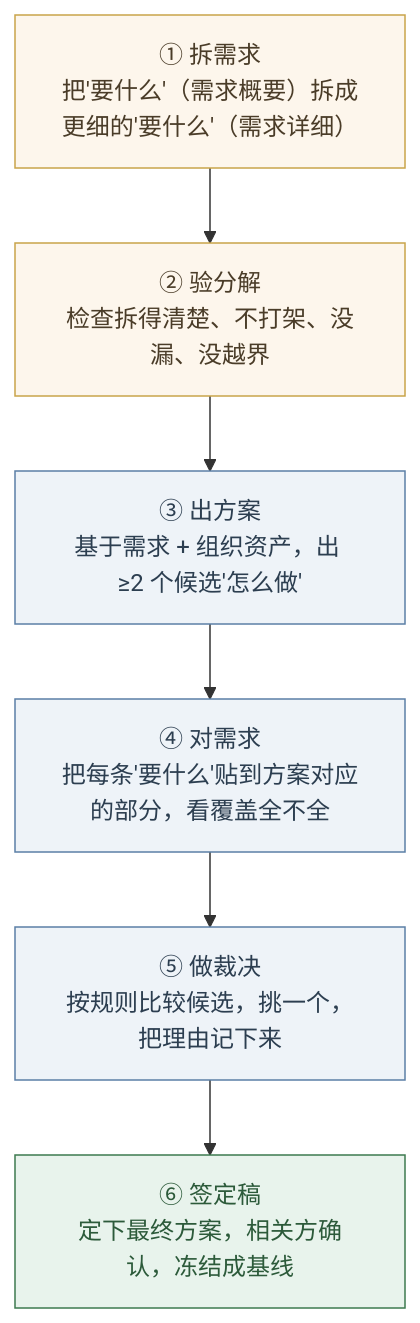
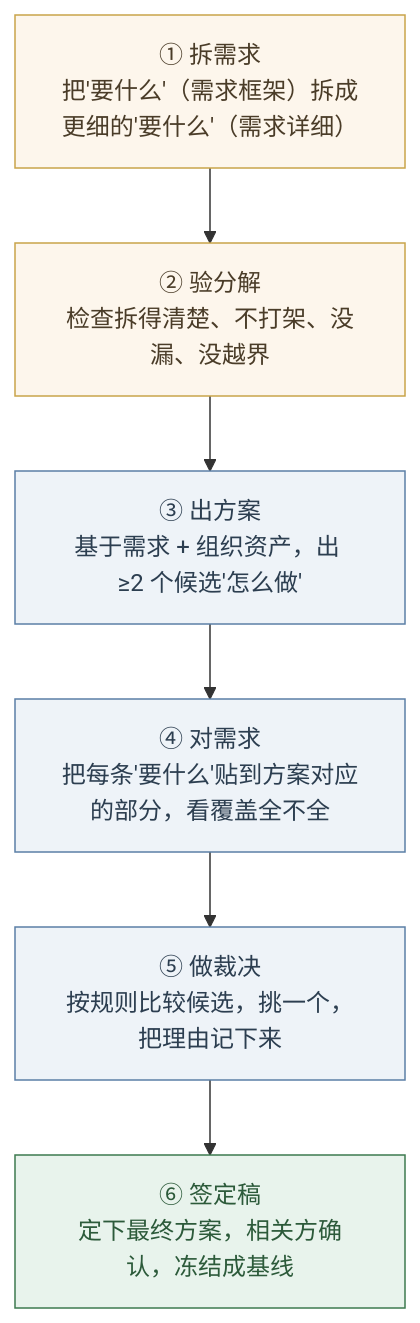
The ninth of 17 diagrams in 50-系统工程研究/00-系统工程相关研究报告/01-设计开发概念研究报告-从需求到质量基座.md (Yongjunzhou/AOS-system-design), drawn with Mermaid before and after one commit. The commit also changed other lines of this file and 60 other files, not shown here.

````diff
--- a/50-系统工程研究/00-系统工程相关研究报告/01-设计开发概念研究报告-从需求到质量基座.md
+++ b/50-系统工程研究/00-系统工程相关研究报告/01-设计开发概念研究报告-从需求到质量基座.md
@@ -454,16 +454,16 @@
 ```mermaid
 flowchart TB
-    A["① 拆需求<br/>把'要什么'（需求概要）拆成更细的'要什么'（需求详细）"]
+    A["① 拆需求<br/>把'要什么'（需求框架）拆成更细的'要什么'（需求详细）"]
     B["② 验分解<br/>检查拆得清楚、不打架、没漏、没越界"]
     C["③ 出方案<br/>基于需求 + 组织资产，出 ≥2 个候选'怎么做'"]
     D["④ 对需求<br/>把每条'要什么'贴到方案对应的部分，看覆盖全不全"]
     E["⑤ 做裁决<br/>按规则比较候选，挑一个，把理由记下来"]
     F["⑥ 签定稿<br/>定下最终方案，相关方确认，冻结成基线"]
     A --> B --> C --> D --> E --> F
     classDef req fill:#fdf6ec,stroke:#c9a44a,color:#4a3c28;
     classDef sol fill:#eef3f8,stroke:#5b7fa6,color:#2c3e50;
     classDef fin fill:#e8f3ec,stroke:#3d7a4f,color:#2c5a3a;
     class A,B req;
     class C,D,E sol;
     class F fin;
 ```
````
